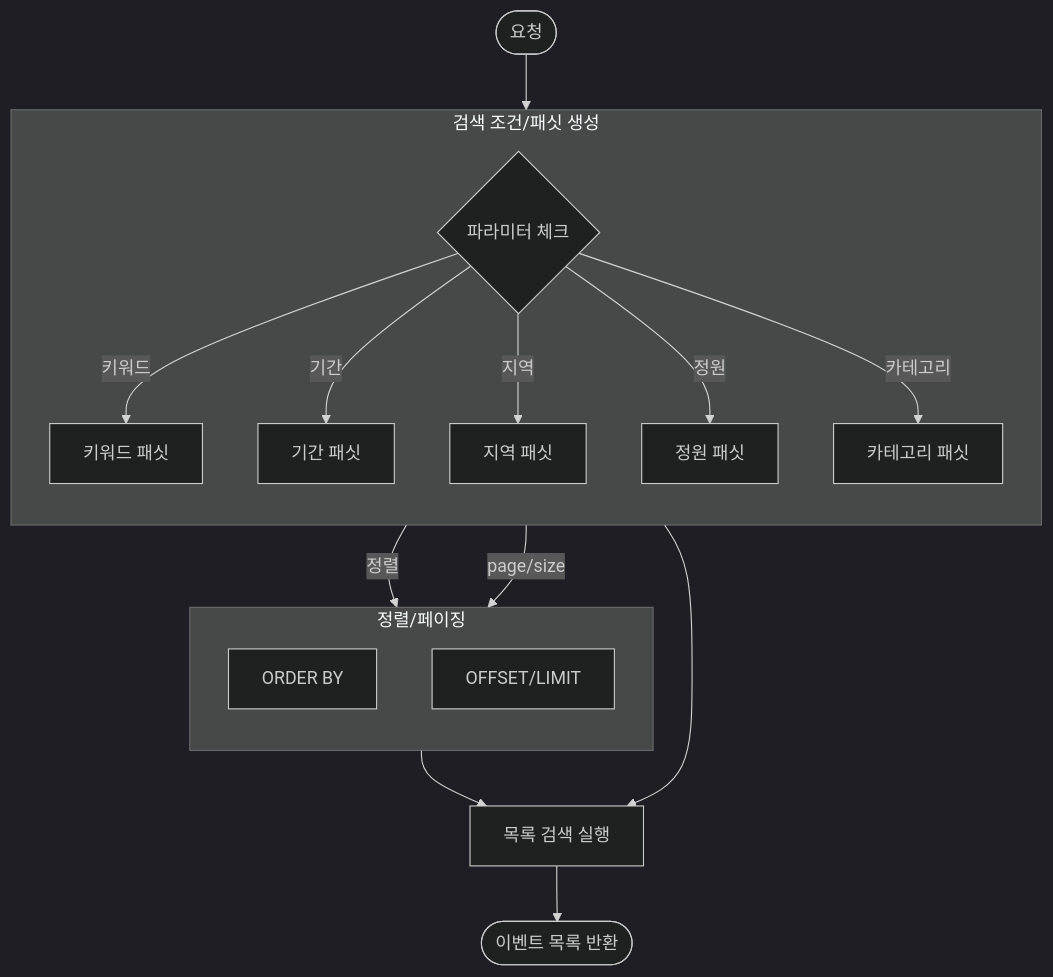
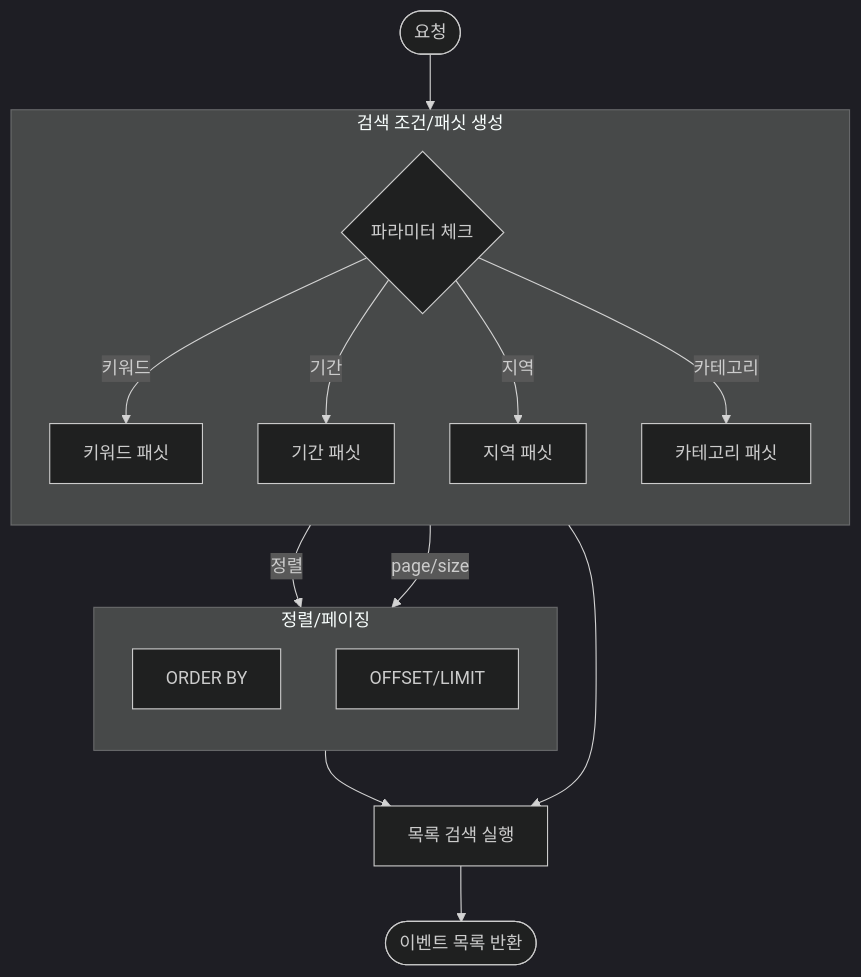
Before and after one commit to mozziroom/mozziroom-backend: the first of 5 diagrams in docs/flow-chart.md, drawn with Mermaid (dark theme). The commit also changed 21 other files, not shown here.

````diff
--- a/docs/flow-chart.md
+++ b/docs/flow-chart.md
@@ -10,23 +10,22 @@
 ```mermaid
 flowchart TD
     요청([요청]) --> 파라미터{파라미터 체크}
 
     subgraph FACETS["검색 조건/패싯 생성"]
         direction TB
         파라미터 -->|키워드| F1[키워드 패싯]
         파라미터 -->|기간| F2[기간 패싯]
         파라미터 -->|지역| F3[지역 패싯]
-        파라미터 -->|정원| F4[정원 패싯]
-        파라미터 -->|카테고리| F5[카테고리 패싯]
+        파라미터 -->|카테고리| F4[카테고리 패싯]
     end
 
     subgraph ORDER/PAGING["정렬/페이징"]
         direction TB
         파라미터 -->|정렬| ORDER[ORDER BY]
         파라미터 -->|page/size| PAGING[OFFSET/LIMIT]
     end
 
     FACETS ---> 목록검색[목록 검색 실행]
     ORDER/PAGING --> 목록검색
     목록검색 --> 목록반환([이벤트 목록 반환])
 ```
````
